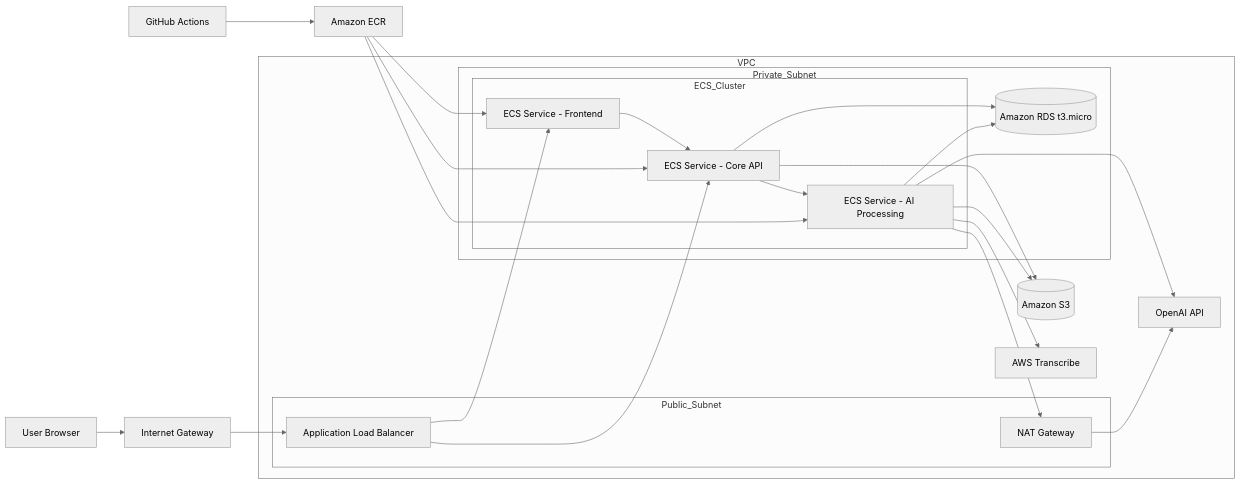
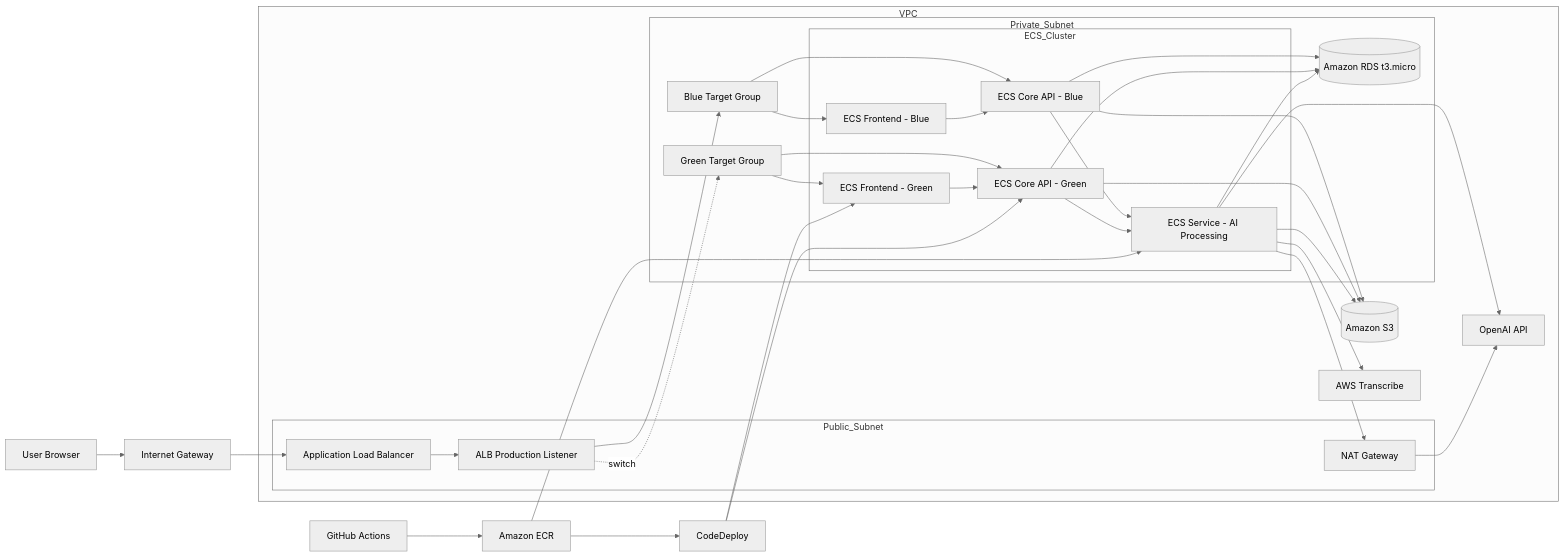
Before and after one commit to jinseonyeong087-ship-it/MeetUs: the diagram in COMMON/ai-minutes-msa-flowchart-horizontal-highlight.mmd, drawn with Mermaid (neutral theme). The commit also changed 5 other files, not shown here.

```diff
--- a/COMMON/ai-minutes-msa-flowchart-horizontal-highlight.mmd
+++ b/COMMON/ai-minutes-msa-flowchart-horizontal-highlight.mmd
@@ -1,79 +1,95 @@
 flowchart LR
 
 %% =======================
 %% INTERNET
 %% =======================
 
 USER[User Browser]
 IGW[Internet Gateway]
 
 %% =======================
 %% VPC
 %% =======================
 
 subgraph VPC
 
 subgraph Public_Subnet
 ALB[Application Load Balancer]
+LISTENER[ALB Production Listener]
 NAT[NAT Gateway]
 end
 
 subgraph Private_Subnet
 
 subgraph ECS_Cluster
-FE[ECS Service - Frontend]
-CORE[ECS Service - Core API]
+FE_BLUE[ECS Frontend - Blue]
+FE_GREEN[ECS Frontend - Green]
+CORE_BLUE[ECS Core API - Blue]
+CORE_GREEN[ECS Core API - Green]
 AI[ECS Service - AI Processing]
 end
 
 RDS[(Amazon RDS t3.micro)]
+TG_BLUE[Blue Target Group]
+TG_GREEN[Green Target Group]
 end
 
 S3[(Amazon S3)]
 TRANS[AWS Transcribe]
 OPENAI[OpenAI API]
 
 end
 
 %% =======================
 %% CI/CD
 %% =======================
 
 GHA[GitHub Actions]
 ECR[Amazon ECR]
+CD[CodeDeploy]
 
 %% =======================
 %% TRAFFIC FLOW
 %% =======================
 
 USER --> IGW
 IGW --> ALB
-ALB --> FE
-ALB --> CORE
+ALB --> LISTENER
+LISTENER --> TG_BLUE
+LISTENER -. switch .-> TG_GREEN
+TG_BLUE --> FE_BLUE
+TG_BLUE --> CORE_BLUE
+TG_GREEN --> FE_GREEN
+TG_GREEN --> CORE_GREEN
 
-FE --> CORE
+FE_BLUE --> CORE_BLUE
+FE_GREEN --> CORE_GREEN
 
-CORE --> RDS
-CORE --> S3
-CORE --> AI
+CORE_BLUE --> RDS
+CORE_BLUE --> S3
+CORE_BLUE --> AI
+CORE_GREEN --> RDS
+CORE_GREEN --> S3
+CORE_GREEN --> AI
 
 AI --> TRANS
 AI --> OPENAI
 AI --> RDS
 AI --> S3
 
 %% =======================
 %% CI/CD FLOW
 %% =======================
 
 GHA --> ECR
-ECR --> FE
-ECR --> CORE
+ECR --> CD
+CD --> FE_GREEN
+CD --> CORE_GREEN
 ECR --> AI
 
 %% =======================
 %% OUTBOUND INTERNET
 %% =======================
 
 AI --> NAT
 NAT --> OPENAI
```
